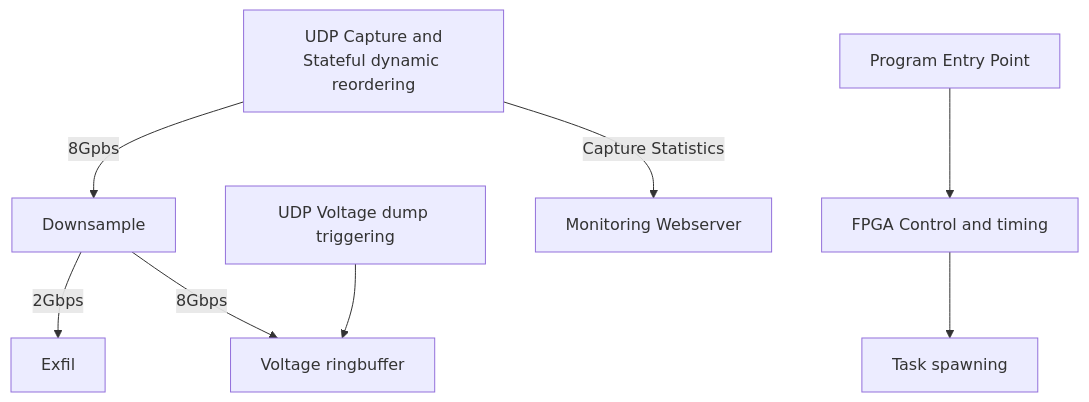
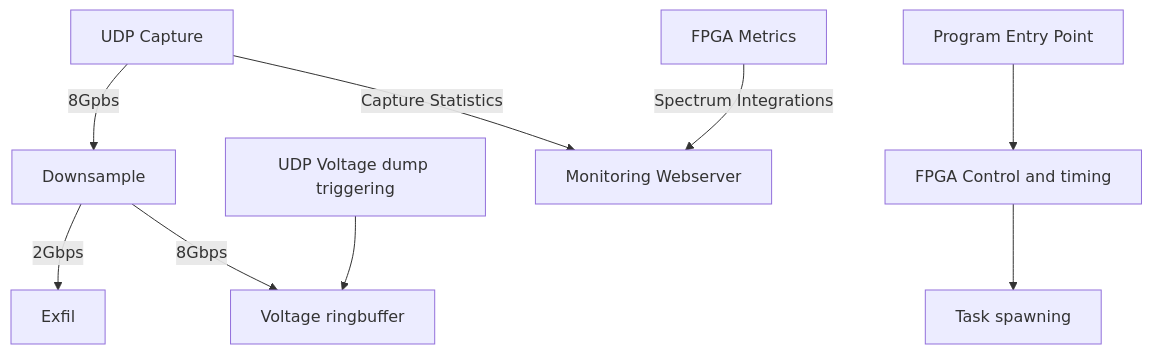
One commit to gemmahuai/GReX-T0 changed the diagram in README.md. Above: the diagram before and after it, drawn with Mermaid.

````diff
--- a/README.md
+++ b/README.md
@@ -11,13 +11,14 @@
 ```mermaid
 graph TD
-    A[UDP Capture and\nStateful dynamic reordering]
+    A[UDP Capture]
     A -->|8Gpbs| D[Downsample]
     D -->|2Gbps| F[Exfil]
     D -->|8Gbps| E[Voltage ringbuffer]
     G[UDP Voltage dump triggering] --> E
 
     A -->|Capture Statistics| K[Monitoring Webserver]
+    L[FPGA Metrics] -->|Spectrum Integrations| K
 
     H[Program Entry Point] --> I[FPGA Control and timing]
     I --> J[Task spawning]
 ```
````
